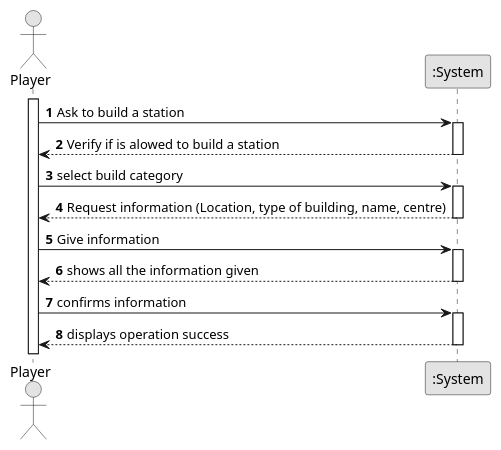
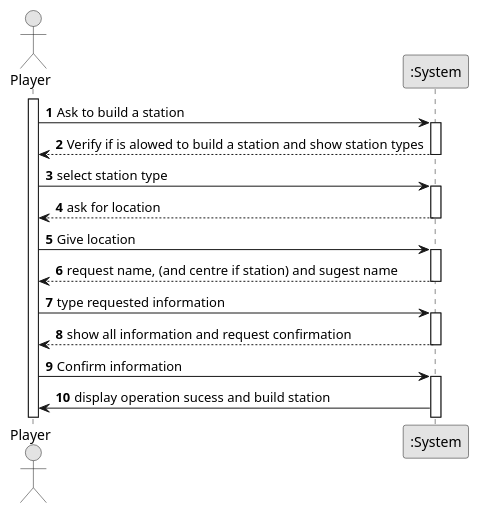
Before and after one commit to Andremonteiro1240850/railway_simulator: the diagram in docs/system-documentation/US05/01.requirements-engineering.us05/puml/us05Diagram.puml, drawn with PlantUML. The commit also changed 22 other files, not shown here.

```diff
--- a/docs/system-documentation/US05/01.requirements-engineering.us05/puml/us05Diagram.puml
+++ b/docs/system-documentation/US05/01.requirements-engineering.us05/puml/us05Diagram.puml
@@ -1,36 +1,40 @@
 @startuml
 skinparam monochrome true
 skinparam packageStyle rectangle
 skinparam shadowing false
 
 autonumber
 
 actor "Player" as Employee
 participant ":System" as System
 
 activate Employee
 
     Employee -> System : Ask to build a station
     activate System
 
-        System --> Employee : Verify if is alowed to build a station
+        System --> Employee : Verify if is alowed to build a station and show station types
     deactivate System
 
-    Employee -> System : select build category
+    Employee -> System : select station type
     activate System
 
-        System --> Employee :  Request information (Location, type of building, name, centre)
+        System --> Employee :  ask for location
     deactivate System
 
-    Employee -> System : Give information
+    Employee -> System : Give location
     activate System
 
-        System --> Employee : shows all the information given
+        System --> Employee : request name, (and centre if station) and sugest name
     deactivate System
 
-    Employee -> System : confirms information
+    Employee -> System : type requested information
     activate System
 
-        System --> Employee : displays operation success
+        System --> Employee : show all information and request confirmation
     deactivate System
+    Employee -> System : Confirm information
+    activate System
+    System -> Employee : display operation sucess and build station
+
 @enduml
```
